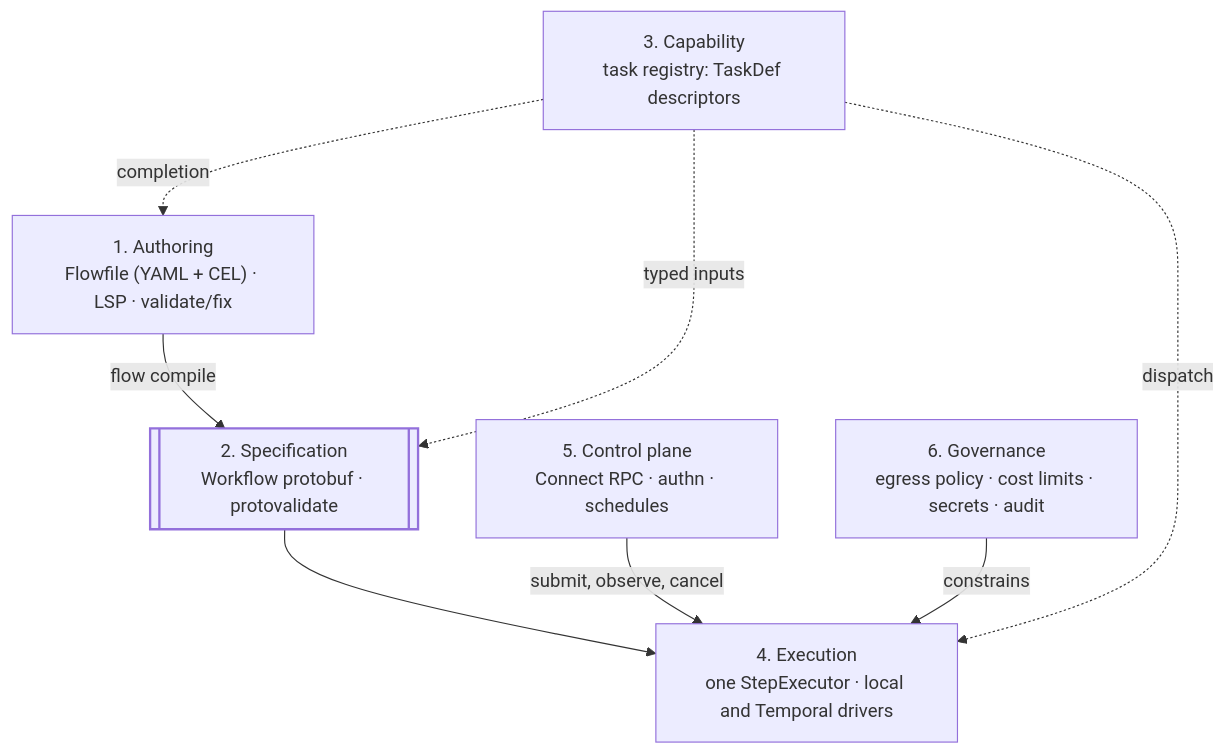
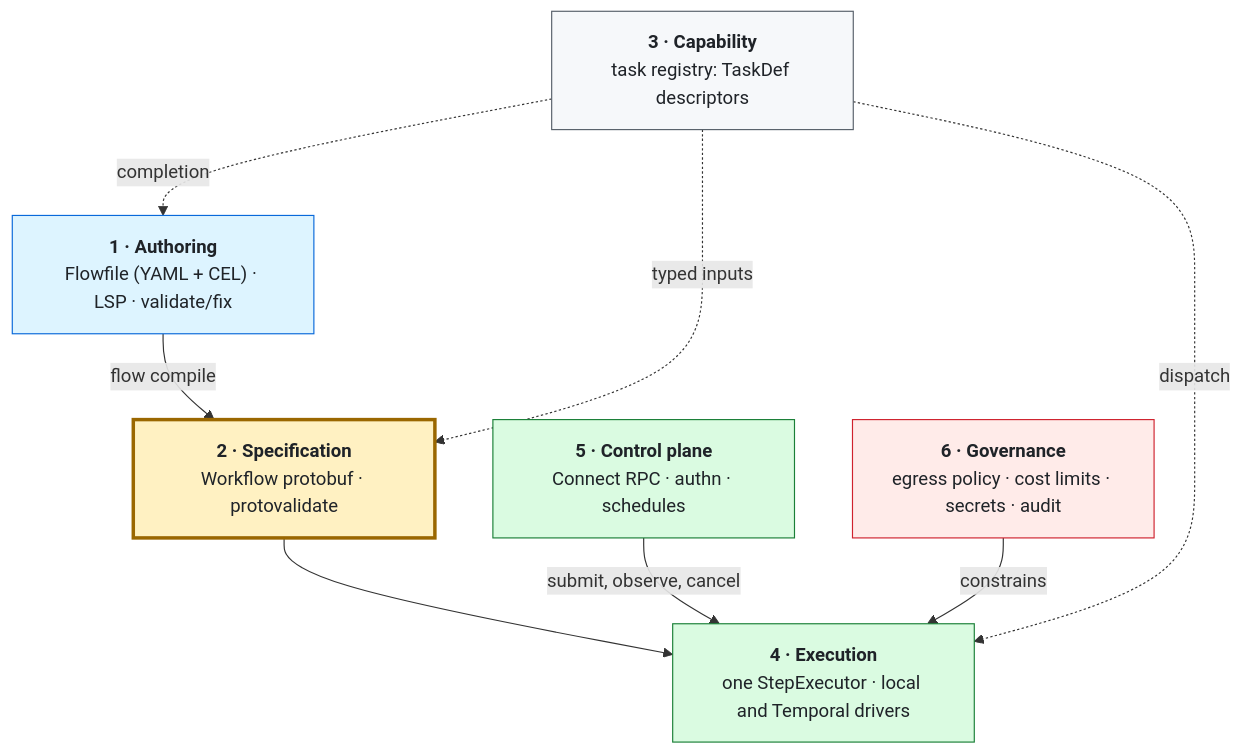
One commit to picatz/flowstate changed the first of 3 diagrams in docs/ARCHITECTURE.md. Above: the diagram before and after it, drawn with Mermaid. The commit also changed other lines of this file and 8 other files, not shown here.

First line of the commit message:
docs: give every diagram one palette and a style guide

````diff
--- a/docs/ARCHITECTURE.md
+++ b/docs/ARCHITECTURE.md
@@ -80,20 +80,28 @@
 ```mermaid
 flowchart TB
-  Authoring["1. Authoring<br/>Flowfile (YAML + CEL) · LSP · validate/fix"]
-  Spec[["2. Specification<br/>Workflow protobuf · protovalidate"]]
-  Capability["3. Capability<br/>task registry: TaskDef descriptors"]
-  Execution["4. Execution<br/>one StepExecutor · local and Temporal drivers"]
-  Control["5. Control plane<br/>Connect RPC · authn · schedules"]
-  Governance["6. Governance<br/>egress policy · cost limits · secrets · audit"]
+  Authoring["<b>1 · Authoring</b><br/>Flowfile (YAML + CEL) · LSP · validate/fix"]
+  Spec["<b>2 · Specification</b><br/>Workflow protobuf · protovalidate"]
+  Capability["<b>3 · Capability</b><br/>task registry: TaskDef descriptors"]
+  Execution["<b>4 · Execution</b><br/>one StepExecutor · local and Temporal drivers"]
+  Control["<b>5 · Control plane</b><br/>Connect RPC · authn · schedules"]
+  Governance["<b>6 · Governance</b><br/>egress policy · cost limits · secrets · audit"]
 
   Authoring -->|"flow compile"| Spec
   Spec --> Execution
   Control -->|"submit, observe, cancel"| Execution
   Governance -->|"constrains"| Execution
   Capability -. "completion" .-> Authoring
   Capability -. "typed inputs" .-> Spec
   Capability -. "dispatch" .-> Execution
 
-  classDef ir stroke-width:2px;
-  class Spec ir;
+  classDef authoring fill:#DDF4FF,stroke:#0969DA,color:#1F2328
+  classDef contract fill:#FFF1C2,stroke:#9A6700,stroke-width:3px,color:#1F2328
+  classDef runtime fill:#DAFBE1,stroke:#1A7F37,color:#1F2328
+  classDef govern fill:#FFEBE9,stroke:#CF222E,color:#1F2328
+  classDef neutral fill:#F6F8FA,stroke:#57606A,color:#1F2328
+  class Authoring authoring
+  class Spec contract
+  class Execution,Control runtime
+  class Governance govern
+  class Capability neutral
 ```
````
